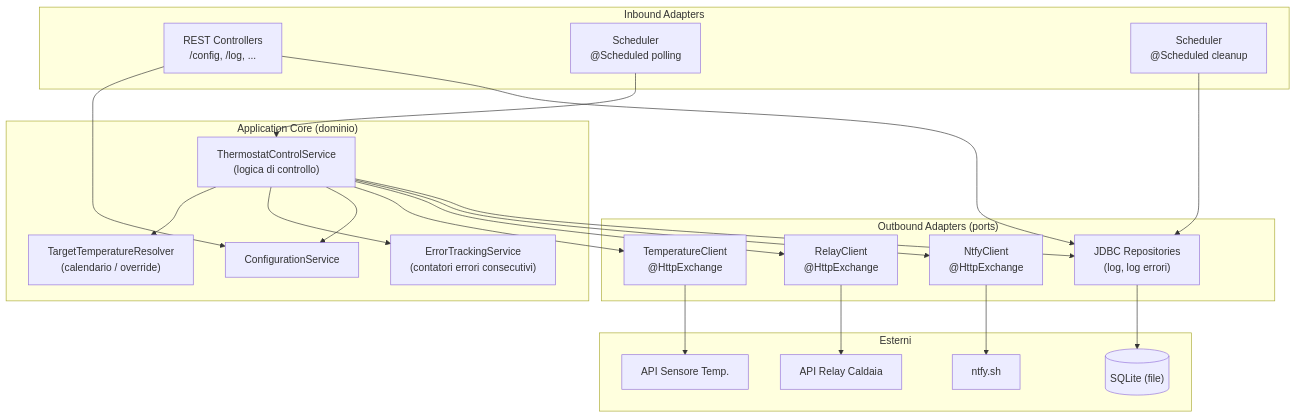
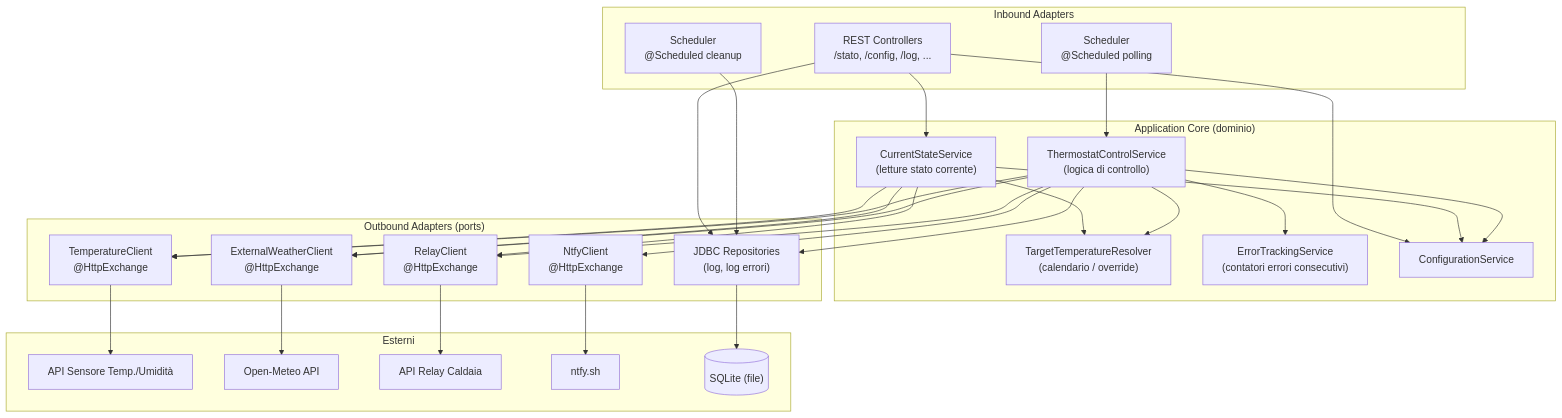
Before and after one commit to lelerizzo3/termostato: the first of 3 diagrams in docs/specifiche-tecniche.md, drawn with Mermaid. The commit also changed other lines of this file and 36 other files, not shown here.

Commit message:
aggiunta umidità e accesso a dati esterni di temp e umid

````diff
--- a/docs/specifiche-tecniche.md
+++ b/docs/specifiche-tecniche.md
@@ -39,45 +39,56 @@
 ```mermaid
 graph TD
     subgraph "Inbound Adapters"
-        REST["REST Controllers<br/>/config, /log, ..."]
+        REST["REST Controllers<br/>/stato, /config, /log, ..."]
         SCHED["Scheduler<br/>@Scheduled polling"]
         CLEAN["Scheduler<br/>@Scheduled cleanup"]
     end
 
     subgraph "Application Core (dominio)"
         CTRL["ThermostatControlService<br/>(logica di controllo)"]
+        STATE["CurrentStateService<br/>(letture stato corrente)"]
         TARGET["TargetTemperatureResolver<br/>(calendario / override)"]
         ERRS["ErrorTrackingService<br/>(contatori errori consecutivi)"]
         CFG["ConfigurationService"]
     end
 
     subgraph "Outbound Adapters (ports)"
         TEMPC["TemperatureClient<br/>@HttpExchange"]
+        WEATHERClient["ExternalWeatherClient<br/>@HttpExchange"]
         RELAYC["RelayClient<br/>@HttpExchange"]
         NTFYC["NtfyClient<br/>@HttpExchange"]
         REPO["JDBC Repositories<br/>(log, log errori)"]
     end
 
     subgraph "Esterni"
-        SENSOR["API Sensore Temp."]
+        SENSOR["API Sensore Temp./Umidità"]
+        WEATHER["Open-Meteo API"]
         RELAY["API Relay Caldaia"]
         NTFY["ntfy.sh"]
         DB[("SQLite (file)")]
     end
 
     REST --> CFG
     REST --> REPO
+    REST --> STATE
+    STATE --> CFG
+    STATE --> TARGET
+    STATE --> TEMPC
+    STATE --> WEATHERClient
+    STATE --> RELAYC
     SCHED --> CTRL
     CLEAN --> REPO
     CTRL --> TARGET
     CTRL --> ERRS
     CTRL --> CFG
     CTRL --> TEMPC
+    CTRL --> WEATHERClient
     CTRL --> RELAYC
     CTRL --> NTFYC
     CTRL --> REPO
     TEMPC --> SENSOR
+    WEATHERClient --> WEATHER
     RELAYC --> RELAY
     NTFYC --> NTFY
     REPO --> DB
 ```
````
